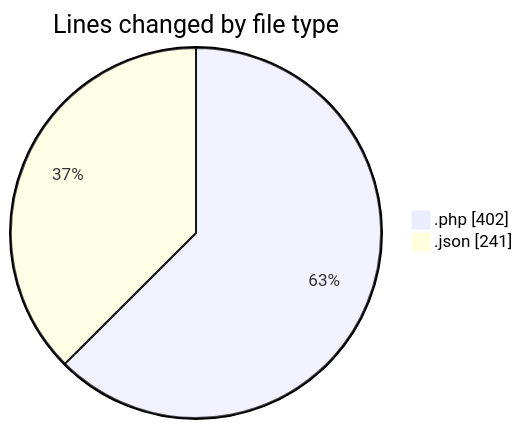
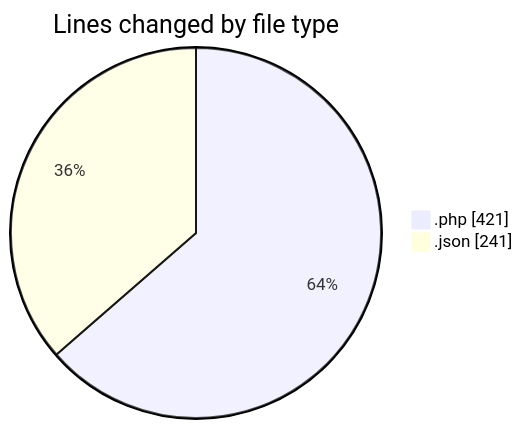
One commit to idhammustaqopulfikri/code-tracking changed the first of 2 diagrams in 2025-03-30/autodidak/README.md. Above: the diagram before and after it, drawn with Mermaid. The commit also changed other lines of this file and 1 other file, not shown here.

````diff
--- a/2025-03-30/autodidak/README.md
+++ b/2025-03-30/autodidak/README.md
@@ -25,6 +25,6 @@
 ```mermaid
 pie showData
 title Lines changed by file type
-".php" : 402
+".php" : 421
 ".json" : 241
 ```
````
